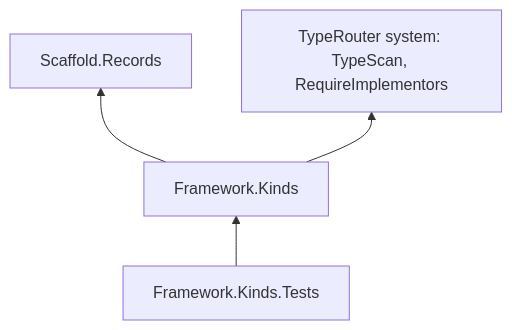
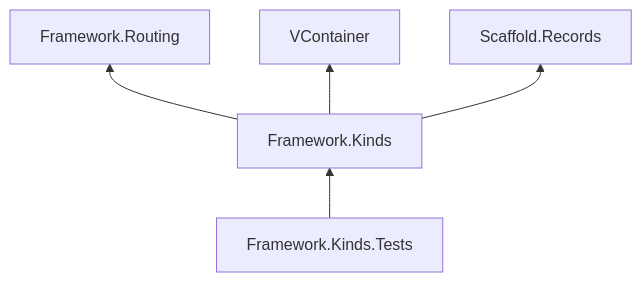
The diagram in Product/spikes/infra-kind-ids.md (MgCohen/Card-Framework), drawn with Mermaid before and after one commit. The commit also changed other lines of this file, not shown here.

````diff
--- a/Product/spikes/infra-kind-ids.md
+++ b/Product/spikes/infra-kind-ids.md
@@ -342,6 +344,7 @@
 ```mermaid
 flowchart BT
-  K["Framework.Kinds"] --> Rec["Scaffold.Records"]
-  K --> R["TypeRouter system: TypeScan, RequireImplementors"]
+  K["Framework.Kinds"] --> R["Framework.Routing"]
+  K --> V["VContainer"]
+  K --> Rec["Scaffold.Records"]
   KT["Framework.Kinds.Tests"] --> K
 ```
````
